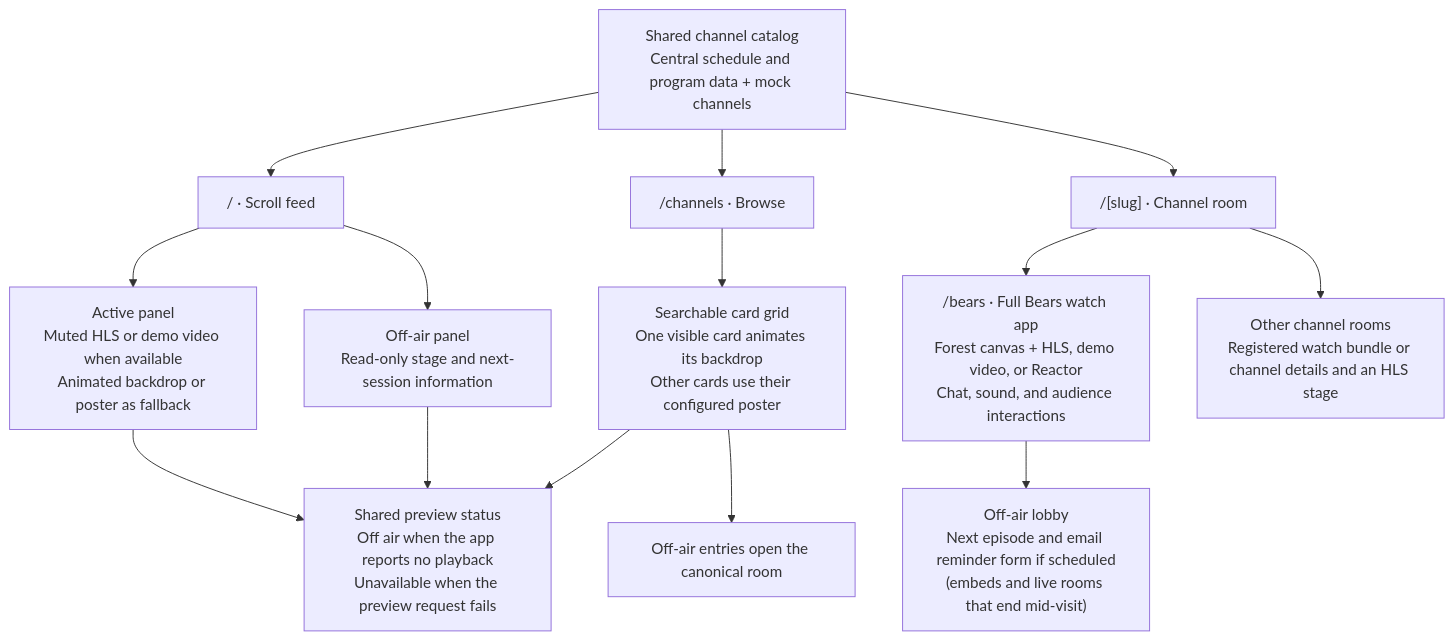
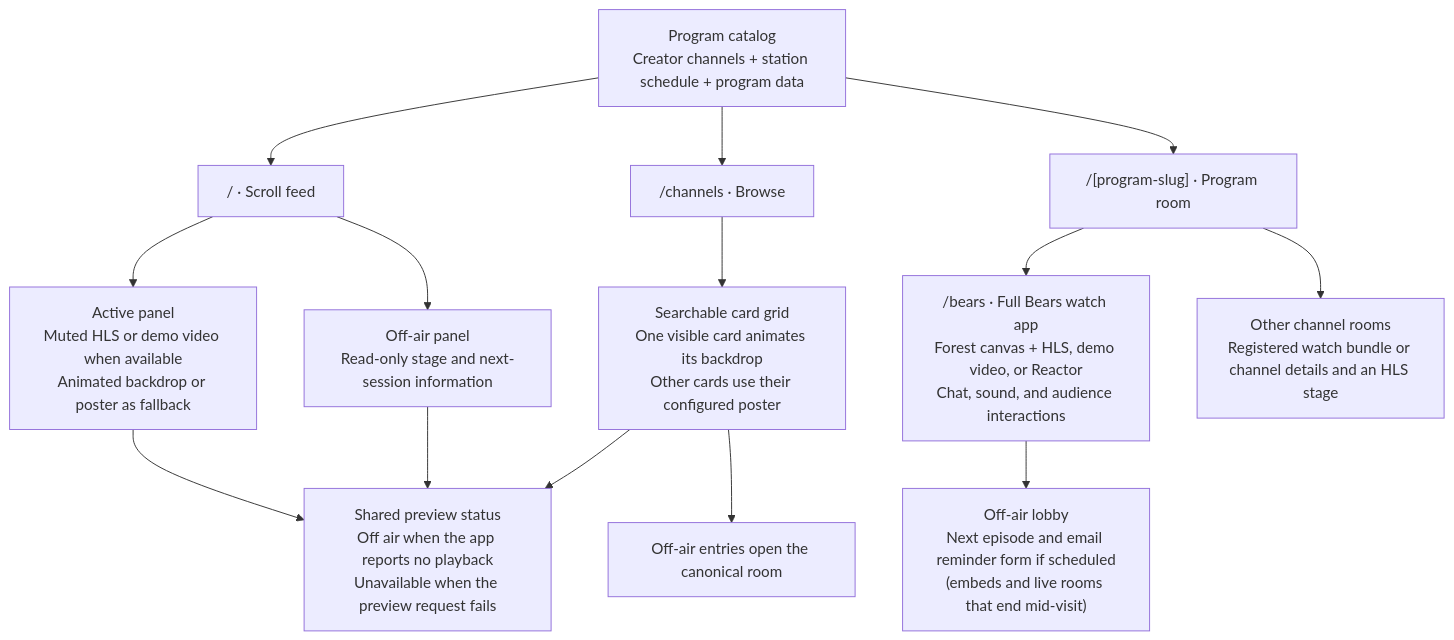
One commit to portalshq/portals-cloud changed the diagram in channels/docs/CHANNEL-CONTENT.md. Above: the diagram before and after it, drawn with Mermaid. The commit also changed other lines of this file and 66 other files, not shown here.

````diff
--- a/channels/docs/CHANNEL-CONTENT.md
+++ b/channels/docs/CHANNEL-CONTENT.md
@@ -3,20 +3,20 @@
 ```mermaid
 flowchart TB
-    Catalog["Shared channel catalog<br/>Central schedule and program data + mock channels"]
+    Catalog["Program catalog<br/>Creator channels + station schedule + program data"]
 
     Catalog --> Feed["/ · Scroll feed"]
     Catalog --> Browse["/channels · Browse"]
-    Catalog --> Room["/[slug] · Channel room"]
+    Catalog --> Room["/[program-slug] · Program room"]
 
     Feed --> FeedContent["Active panel<br/>Muted HLS or demo video when available<br/>Animated backdrop or poster as fallback"]
     Feed --> OffAir["Off-air panel<br/>Read-only stage and next-session information"]
     Browse --> BrowseContent["Searchable card grid<br/>One visible card animates its backdrop<br/>Other cards use their configured poster"]
     Room --> Bears["/bears · Full Bears watch app<br/>Forest canvas + HLS, demo video, or Reactor<br/>Chat, sound, and audience interactions"]
     Room --> Other["Other channel rooms<br/>Registered watch bundle or channel details and an HLS stage"]
 
     FeedContent --> PreviewStatus["Shared preview status<br/>Off air when the app reports no playback<br/>Unavailable when the preview request fails"]
     OffAir --> PreviewStatus
     BrowseContent --> PreviewStatus
     BrowseContent --> OffAirEntry["Off-air entries open the canonical room"]
     Bears --> Lobby["Off-air lobby<br/>Next episode and email reminder form if scheduled<br/>(embeds and live rooms that end mid-visit)"]
 ```
````
